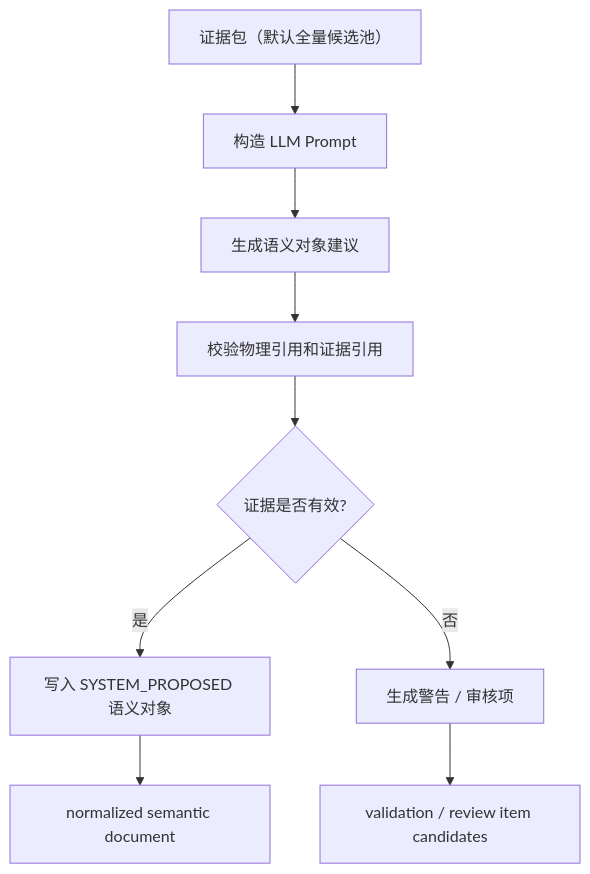
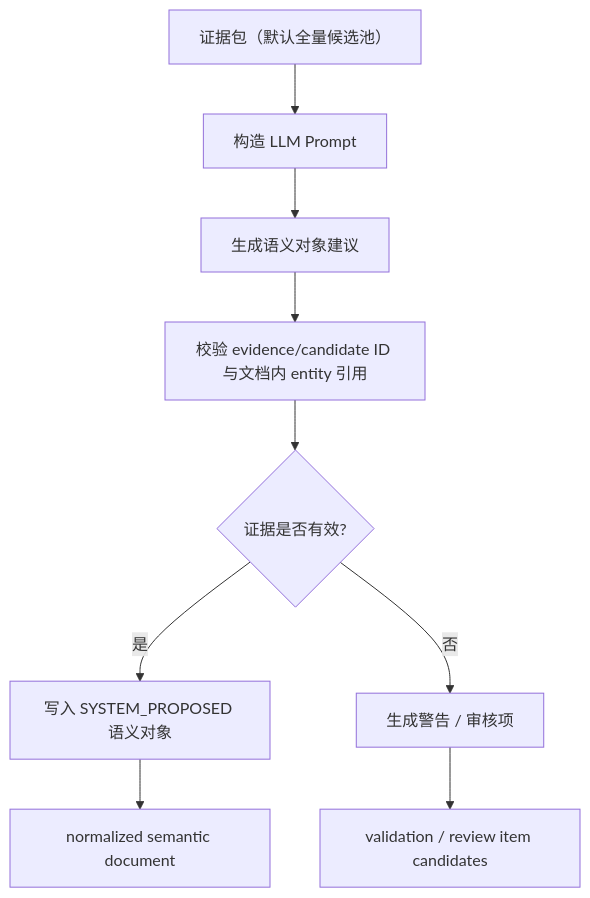
The first of 2 diagrams in docs/design/semantic-layer/03-llm-semantic-enricher.md (xiaoguang/relation-detector), drawn with Mermaid before and after one commit. The commit also changed other lines of this file and 50 other files, not shown here.

````diff
--- a/docs/design/semantic-layer/03-llm-semantic-enricher.md
+++ b/docs/design/semantic-layer/03-llm-semantic-enricher.md
@@ -248,11 +276,11 @@
 ```mermaid
 flowchart TD
   A["证据包（默认全量候选池）"] --> B["构造 LLM Prompt"]
   B --> C["生成语义对象建议"]
-  C --> D["校验物理引用和证据引用"]
+  C --> D["校验 evidence/candidate ID 与文档内 entity 引用"]
   D --> E{"证据是否有效?"}
   E -- "是" --> F["写入 SYSTEM_PROPOSED 语义对象"]
   E -- "否" --> G["生成警告 / 审核项"]
   F --> H["normalized semantic document"]
   G --> I["validation / review item candidates"]
 ```
````
